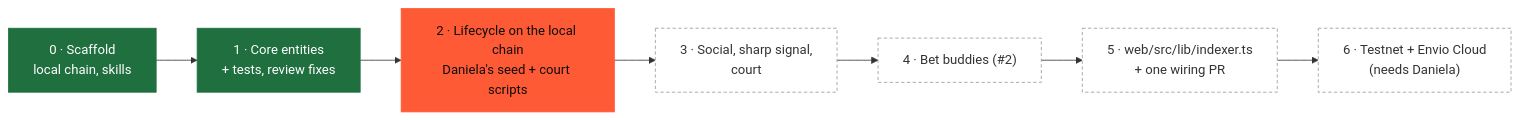
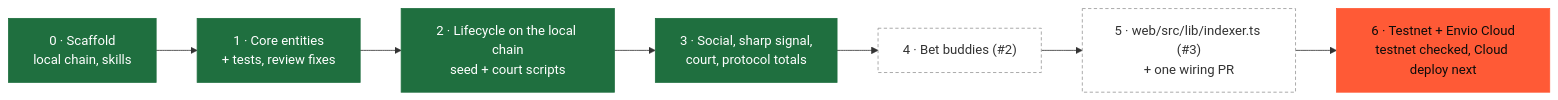
Before and after one commit to kleos-predictions/kleos: diagram 11 of 11 in indexer/ARCHITECTURE.md, drawn with Mermaid. The commit also changed other lines of this file and 9 other files, not shown here.

First line of the commit message:
Indexer: voters get Trader rows, court checks on real events, free-plan deploy runbook

````diff
--- a/indexer/ARCHITECTURE.md
+++ b/indexer/ARCHITECTURE.md
@@ -255,14 +377,14 @@
 ```mermaid
 flowchart LR
   p0["0 · Scaffold<br/>local chain, skills"]:::done
   p1["1 · Core entities<br/>+ tests, review fixes"]:::done
-  p2["2 · Lifecycle on the local chain<br/>Daniela's seed + court scripts"]:::next
-  p3["3 · Social, sharp signal,<br/>court"]:::todo
+  p2["2 · Lifecycle on the local chain<br/>seed + court scripts"]:::done
+  p3["3 · Social, sharp signal,<br/>court, protocol totals"]:::done
   p4["4 · Bet buddies (#2)"]:::todo
-  p5["5 · web/src/lib/indexer.ts<br/>+ one wiring PR"]:::todo
-  p6["6 · Testnet + Envio Cloud<br/>(needs Daniela)"]:::todo
+  p5["5 · web/src/lib/indexer.ts (#3)<br/>+ one wiring PR"]:::todo
+  p6["6 · Testnet + Envio Cloud<br/>testnet checked, Cloud deploy next"]:::next
   p0 --> p1 --> p2 --> p3 --> p4 --> p5 --> p6
   classDef done fill:#1f6f3f,stroke:#1f6f3f,color:#fff
   classDef next fill:#ff5a36,stroke:#ff5a36,color:#0d0c0b
   classDef todo fill:#fff,stroke:#999,color:#333,stroke-dasharray: 4 3
 ```
````
